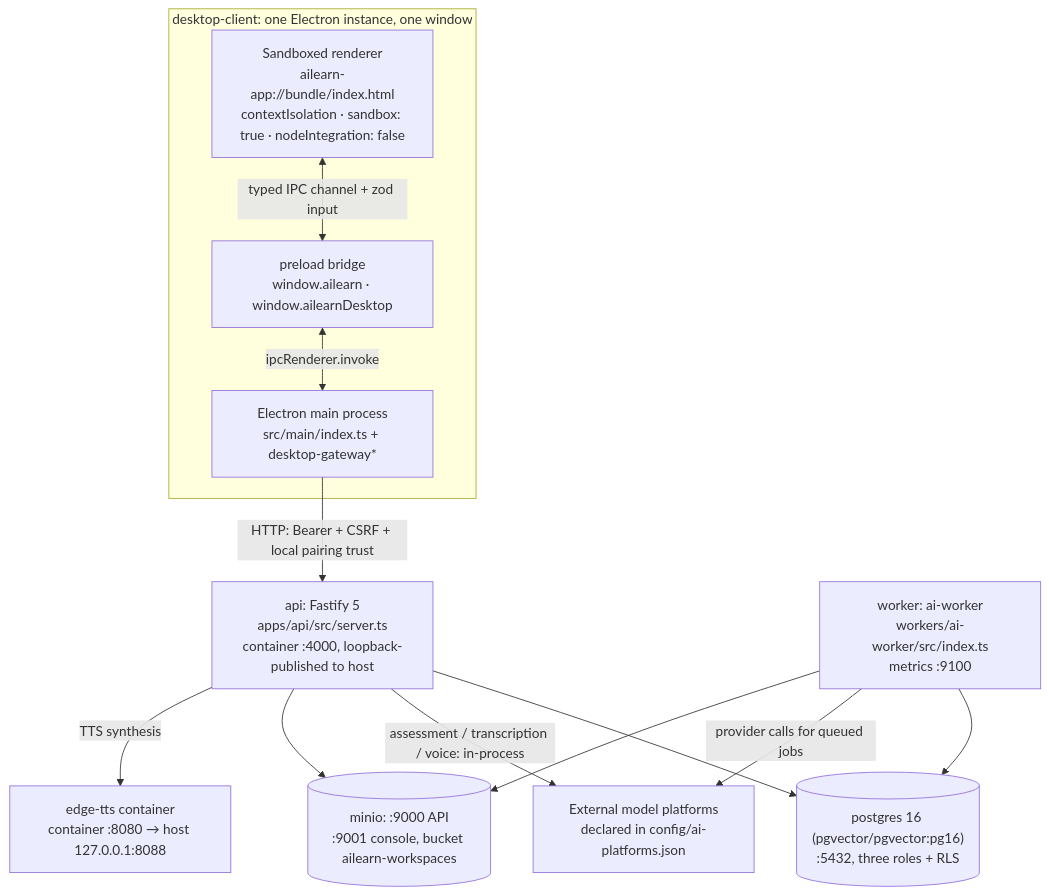
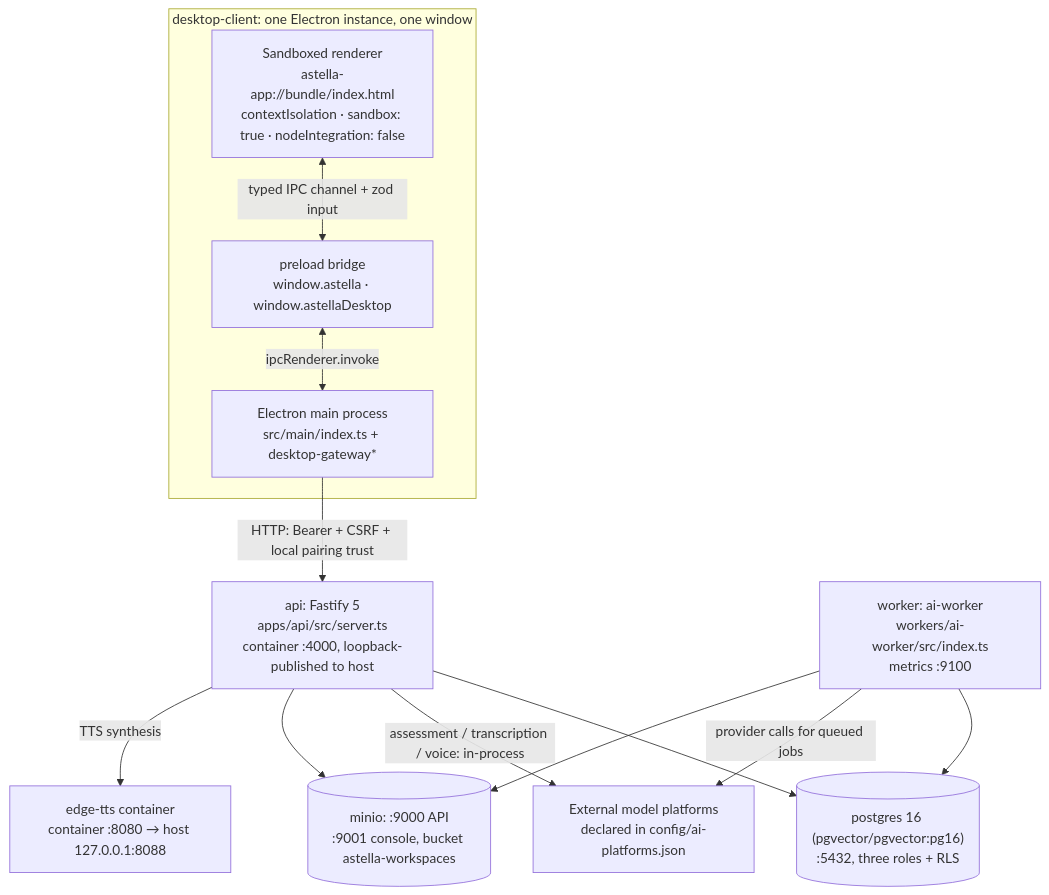
The first of 2 diagrams in docs/guide/en/architecture.md (asklins223/Astella), drawn with Mermaid before and after one commit. The commit also changed other lines of this file and 1583 other files, not shown here.

First line of the commit message:
chore: 全量改名 ailearn → astella，并补中英文 guide 分册与传图默认值迁移

````diff
--- a/docs/guide/en/architecture.md
+++ b/docs/guide/en/architecture.md
@@ -24,26 +24,26 @@
 ```mermaid
 flowchart TB
   subgraph client["desktop-client: one Electron instance, one window"]
-    REN["Sandboxed renderer<br/>ailearn-app://bundle/index.html<br/>contextIsolation · sandbox: true · nodeIntegration: false"]
-    PRE["preload bridge<br/>window.ailearn · window.ailearnDesktop"]
+    REN["Sandboxed renderer<br/>astella-app://bundle/index.html<br/>contextIsolation · sandbox: true · nodeIntegration: false"]
+    PRE["preload bridge<br/>window.astella · window.astellaDesktop"]
     MAIN["Electron main process<br/>src/main/index.ts + desktop-gateway*"]
     REN <-->|"typed IPC channel + zod input"| PRE
     PRE <-->|"ipcRenderer.invoke"| MAIN
   end
 
   API["api: Fastify 5<br/>apps/api/src/server.ts<br/>container :4000, loopback-published to host"]
   WK["worker: ai-worker<br/>workers/ai-worker/src/index.ts<br/>metrics :9100"]
   PG[("postgres 16 (pgvector/pgvector:pg16)<br/>:5432, three roles + RLS")]
-  MINIO[("minio: :9000 API<br/>:9001 console, bucket ailearn-workspaces")]
+  MINIO[("minio: :9000 API<br/>:9001 console, bucket astella-workspaces")]
   TTS["edge-tts container<br/>container :8080 → host 127.0.0.1:8088"]
   LLM["External model platforms<br/>declared in config/ai-platforms.json"]
 
   MAIN -->|"HTTP: Bearer + CSRF + local pairing trust"| API
   API --> PG
   WK --> PG
   API -->|"assessment / transcription / voice: in-process"| LLM
   WK -->|"provider calls for queued jobs"| LLM
   API --> MINIO
   WK --> MINIO
   API -->|"TTS synthesis"| TTS
 ```
````
